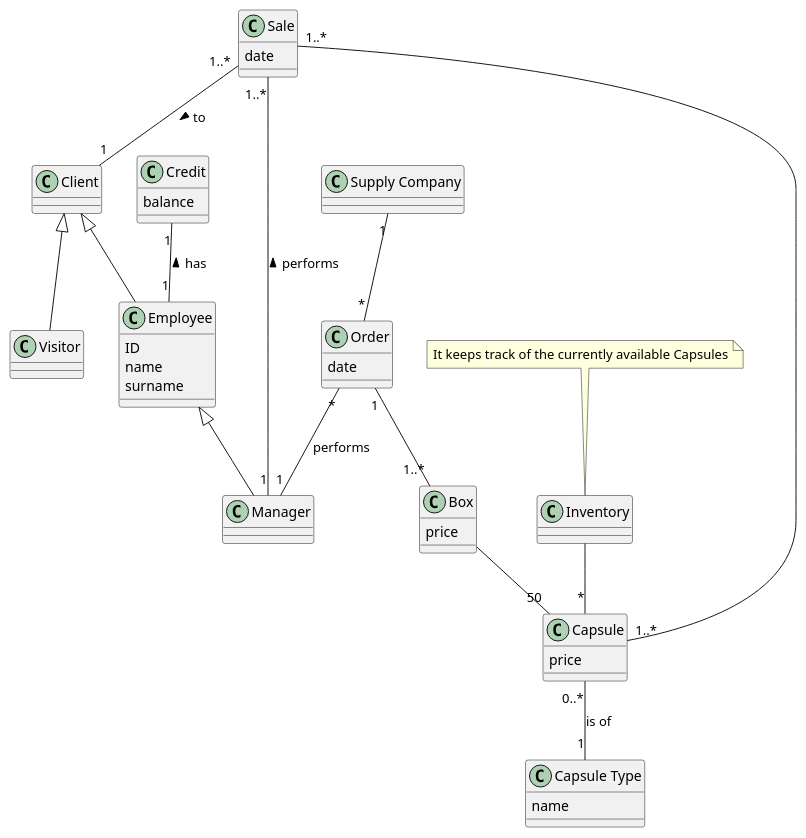
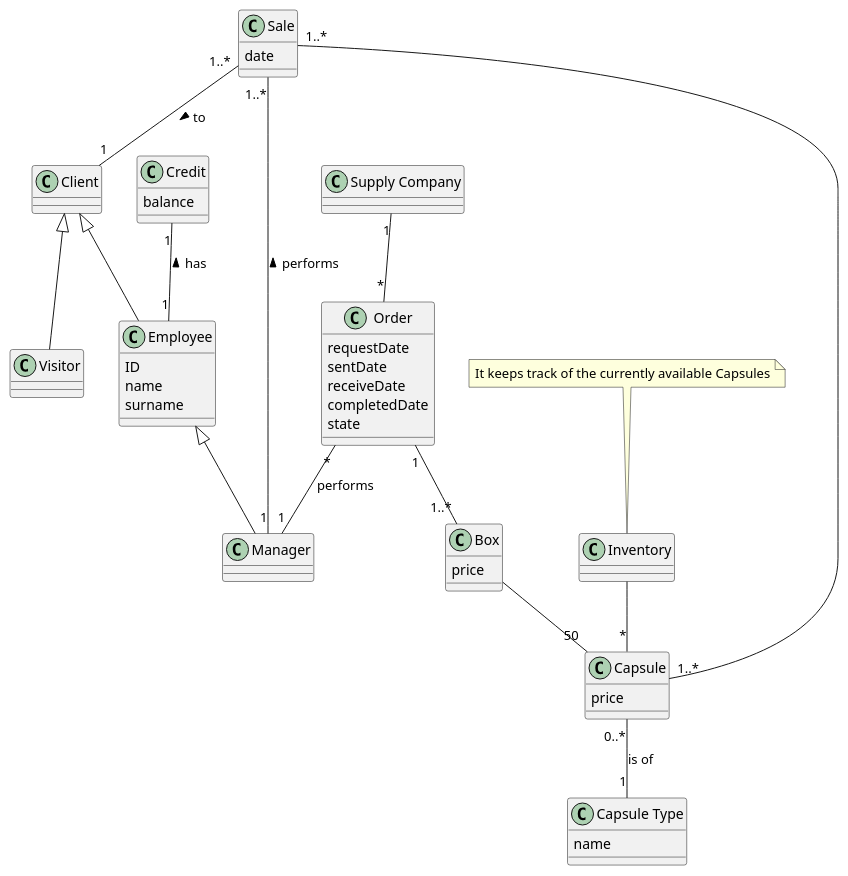
The third of 4 diagrams in Project/Requirements/RequirementDocument.md (roypaulin/laTazza), drawn with PlantUML before and after one commit.

Commit message:
fix Glossary

````diff
--- a/Project/Requirements/RequirementDocument.md
+++ b/Project/Requirements/RequirementDocument.md
@@ -329,66 +329,70 @@
 ```plantuml
 class Visitor{
 }
 
 class Employee{
 ID
 name
 surname
 }
 
 class Client{
 }
 
 class "Supply Company"{
 }
 
 class Manager{
 }
 
 class Credit{
 balance
 }
 class Capsule{
 price
 }
 
 class "Capsule Type"{
 name
 }
 class Box {
 price
 }
 
 
 class Inventory{
 }
 
 class Sale{
 date
 }
 
 class Order{
-date
+requestDate
+sentDate
+receiveDate
+completedDate
+state
 }
 
 Order "*" -- "1" Manager: performs
 Order "1" -- "1..*" Box
 "Supply Company" "1" -- "*" Order 
 
 Sale "1..*" -- "1" Manager: performs <
 Sale "1..*" -- "1" Client: to >
 Sale "1..*" -- "1..*" Capsule 
 
 Credit "1" -- "1" Employee: has <
 Box -- “50” Capsule
 Inventory -- "*" Capsule
 
 Client <|-- Employee
 Client <|-- Visitor
 
 Employee <|-- Manager
 
 Capsule "0..*" -- "1" "Capsule Type": is of
 
 note top of Inventory: It keeps track of the currently available Capsules
 ```
````
